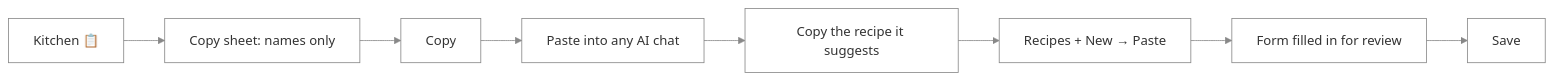
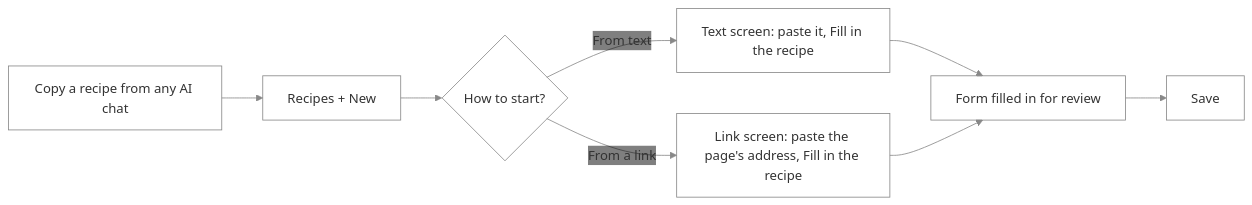
Before and after one commit to NovaMoonX/moondreams-dev-apps: diagram 30 of 31 in src/apps/pinch/UX.md, drawn with Mermaid. The commit also changed other lines of this file and 206 other files, not shown here.

First line of the commit message:
Pinch redesign: warmer look, four ways to add a recipe, calendar views, kitchen filters (#344)

````diff
--- a/src/apps/pinch/UX.md
+++ b/src/apps/pinch/UX.md
@@ -768,6 +885,10 @@
 ```mermaid
 %%{init: {'theme': 'base', 'themeVariables': {'primaryColor': 'transparent', 'clusterBkg': 'transparent', 'primaryBorderColor': '#888888', 'clusterBorder': '#888888', 'lineColor': '#888888', 'primaryTextColor': '#333333'}}}%%
 flowchart LR
-    A[Kitchen 📋] --> B["Copy sheet: names only"] --> C[Copy] --> D[Paste into any AI chat]
-    D --> E[Copy the recipe it suggests] --> F[Recipes + New → Paste] --> G["Form filled in for review"] --> H[Save]
+    A[Copy a recipe from any AI chat] --> B[Recipes + New] --> C{"How to start?"}
+    C -->|From text| D["Text screen: paste it, Fill in the recipe"]
+    C -->|From a link| E["Link screen: paste the page's address, Fill in the recipe"]
+    D --> F["Form filled in for review"]
+    E --> F
+    F --> G[Save]
 ```
````
